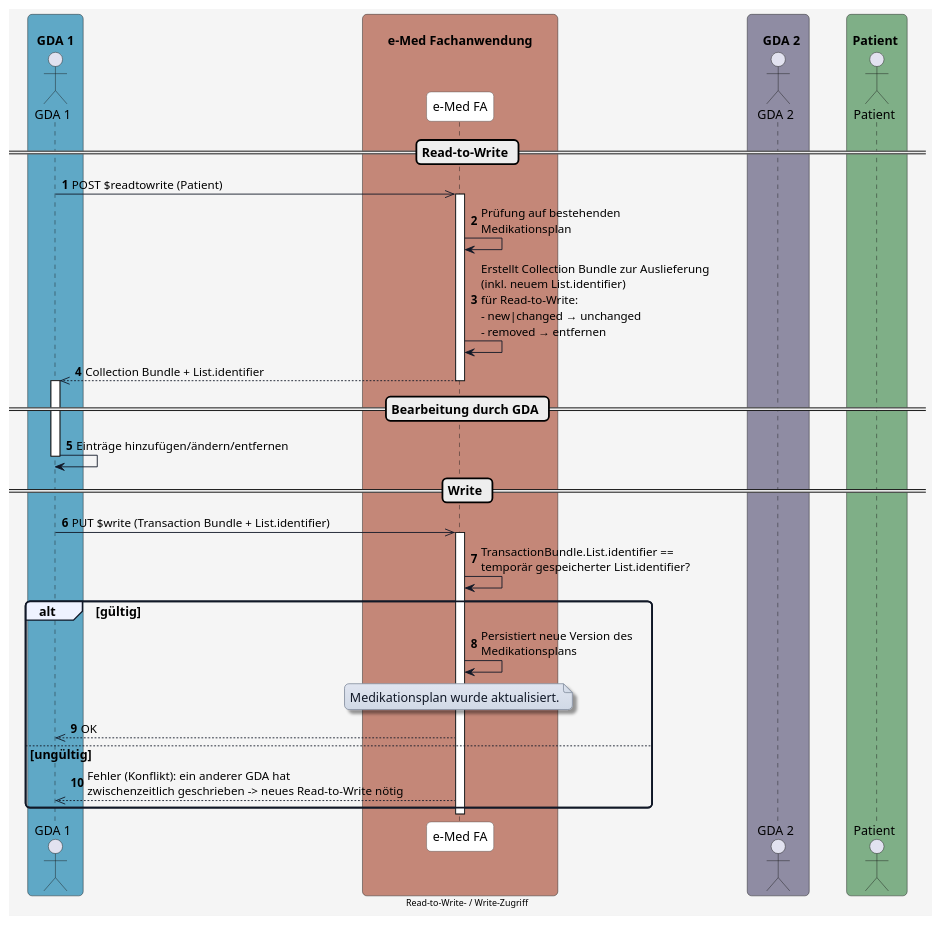
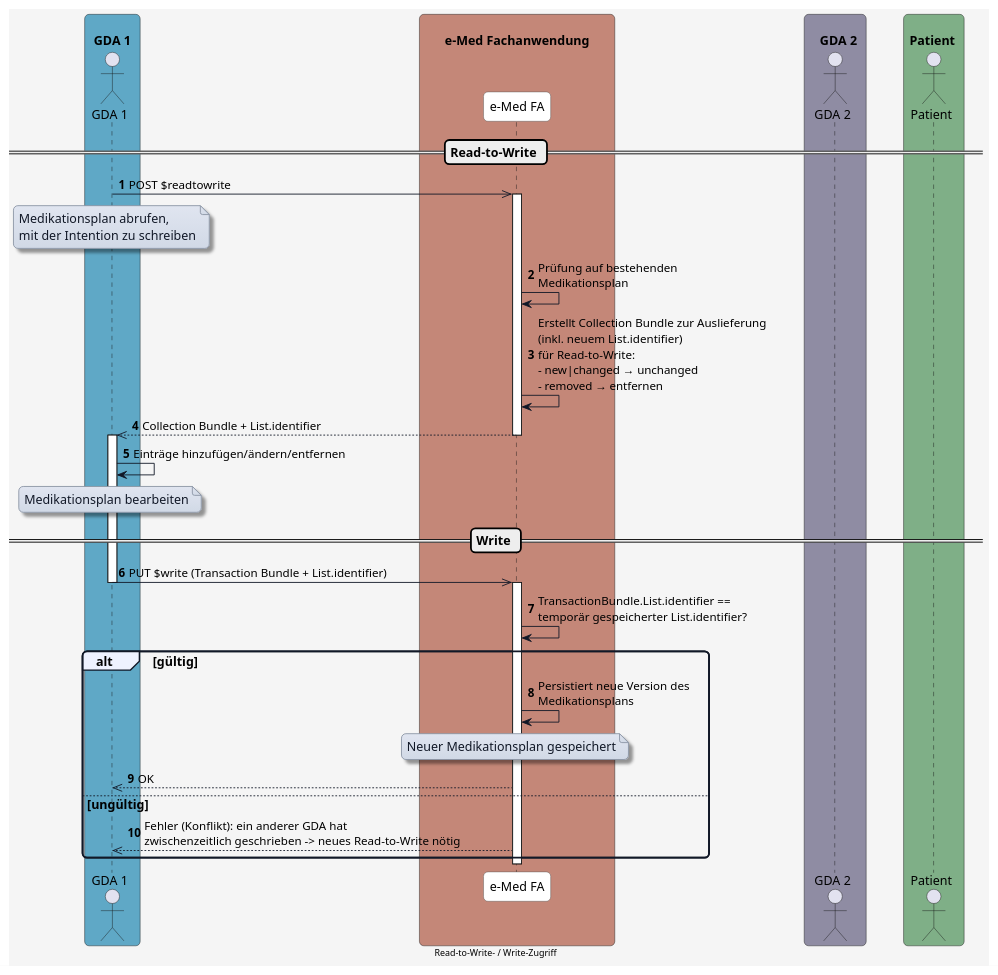
Before and after one commit to HL7Austria/ELGA-e-Medikation-R4: the diagram in input/images-source/diagram_readtowrite.plantuml, drawn with PlantUML. The commit also changed 3 other files, not shown here.

Commit message:
Modify diagram

```diff
--- a/input/images-source/diagram_readtowrite.plantuml
+++ b/input/images-source/diagram_readtowrite.plantuml
@@ -1,104 +1,110 @@
 @startuml
 skinparam borderColor #000000
 skinparam backgroundColor #f5f5f5
 skinparam shadowing false
 skinparam roundCorner 10
 skinparam defaultFontName "Arial"
 skinparam defaultFontSize 14
 skinparam defaultFontColor #000000
 
 skinparam note {
   BackgroundColor #e0e5f0-#d1d9e6
   BorderColor #8b95a5
   BorderThickness 1
   RoundCorner 8
   Padding 6
   FontColor #111827
   Shadowing true
 }
 
 skinparam HyperlinkColor #0000EE
 skinparam HyperlinkUnderline false
 
 skinparam sequence {
   ParticipantBorderColor #555555
   ParticipantBackgroundColor #ffffff
   ParticipantFontColor #000000
   ParticipantFontSize 14
   ParticipantPadding 20
   ArrowColor #111827
   ArrowThickness 1
   ArrowFontColor #000000
   ArrowFontSize 13
   GroupBorderColor #111827
   GroupBackgroundColor #eef2ff
   GroupBorderThickness 2
 }
 
 skinparam BoxPadding 20
 skinparam BoxBorderColor #555555
 
 box "\n  GDA 1  " #5FA8C6
   actor GDA_1 as "GDA 1"
 end box
 
 box "\n       e-Med Fachanwendung       " #C48778
   participant eMed_FA as "e-Med FA"
 end box
 
 box "\n    GDA 2  " #8F8CA3
   actor GDA_2 as "GDA 2"
 end box
 
 box "\n Patient  " #7FAF87
   actor Patient as "Patient"
 end box
 
 
 autonumber
 
  
 == Read-to-Write ==
 
-GDA_1 ->> eMed_FA: POST $readtowrite (Patient)
+GDA_1 ->> eMed_FA: POST $readtowrite
+note over GDA_1
+Medikationsplan abrufen, 
+mit der Intention zu schreiben
+end note
 
 activate eMed_FA
 eMed_FA -> eMed_FA: Prüfung auf bestehenden\nMedikationsplan
 eMed_FA -> eMed_FA: Erstellt Collection Bundle zur Auslieferung\n(inkl. neuem List.identifier)\nfür Read-to-Write:\n- new|changed → unchanged\n- removed → entfernen
 
 eMed_FA -->> GDA_1: Collection Bundle + List.identifier
 deactivate eMed_FA
 
-== Bearbeitung durch GDA ==
-
 activate GDA_1
 GDA_1 -> GDA_1: Einträge hinzufügen/ändern/entfernen
-deactivate GDA_1
+
+note over GDA_1
+Medikationsplan bearbeiten
+end note
 
 == Write ==
 
 GDA_1 ->> eMed_FA: PUT $write (Transaction Bundle + List.identifier)
+deactivate GDA_1
 
 activate eMed_FA
 eMed_FA -> eMed_FA: TransactionBundle.List.identifier ==\ntemporär gespeicherter List.identifier?
 
 alt gültig
   eMed_FA -> eMed_FA: Persistiert neue Version des\nMedikationsplans
 
   note over eMed_FA
-  Medikationsplan wurde aktualisiert.
+  Neuer Medikationsplan gespeichert
   end note
 
   eMed_FA -->> GDA_1: OK
 else ungültig
   eMed_FA -->> GDA_1: Fehler (Konflikt): ein anderer GDA hat\nzwischenzeitlich geschrieben -> neues Read-to-Write nötig
 end
 
 
 deactivate eMed_FA
 
 
 center footer Read-to-Write- / Write-Zugriff
 
 
 @enduml
```
